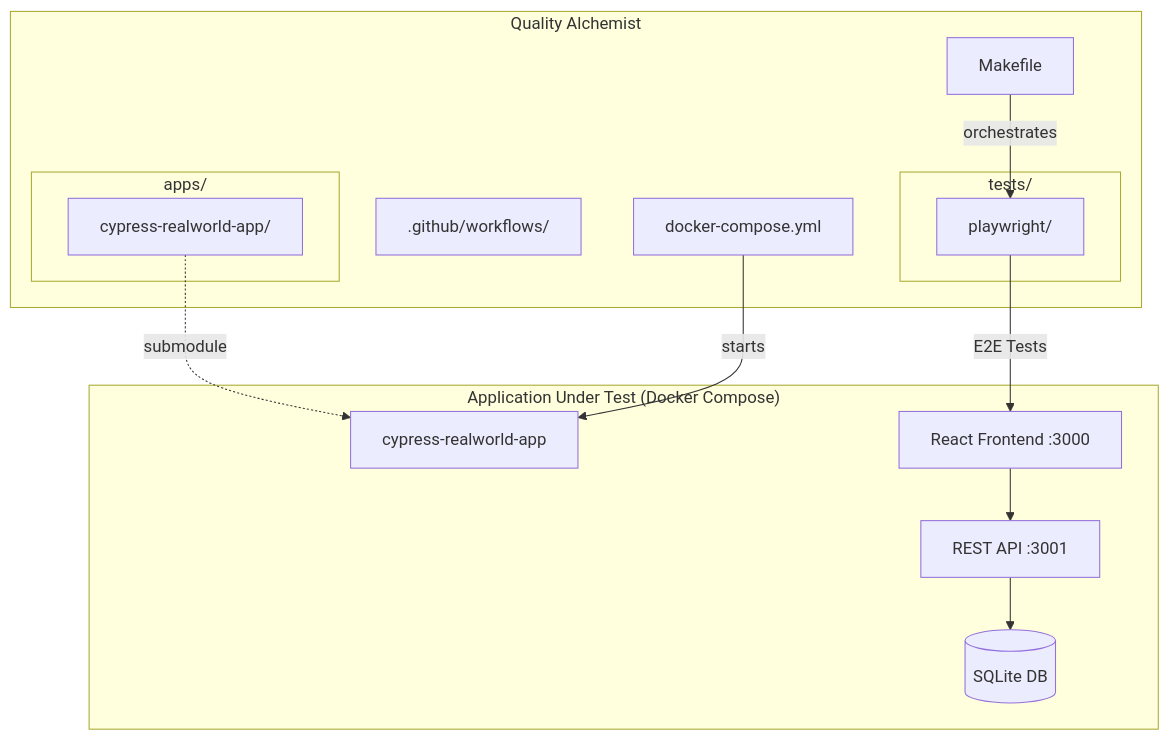
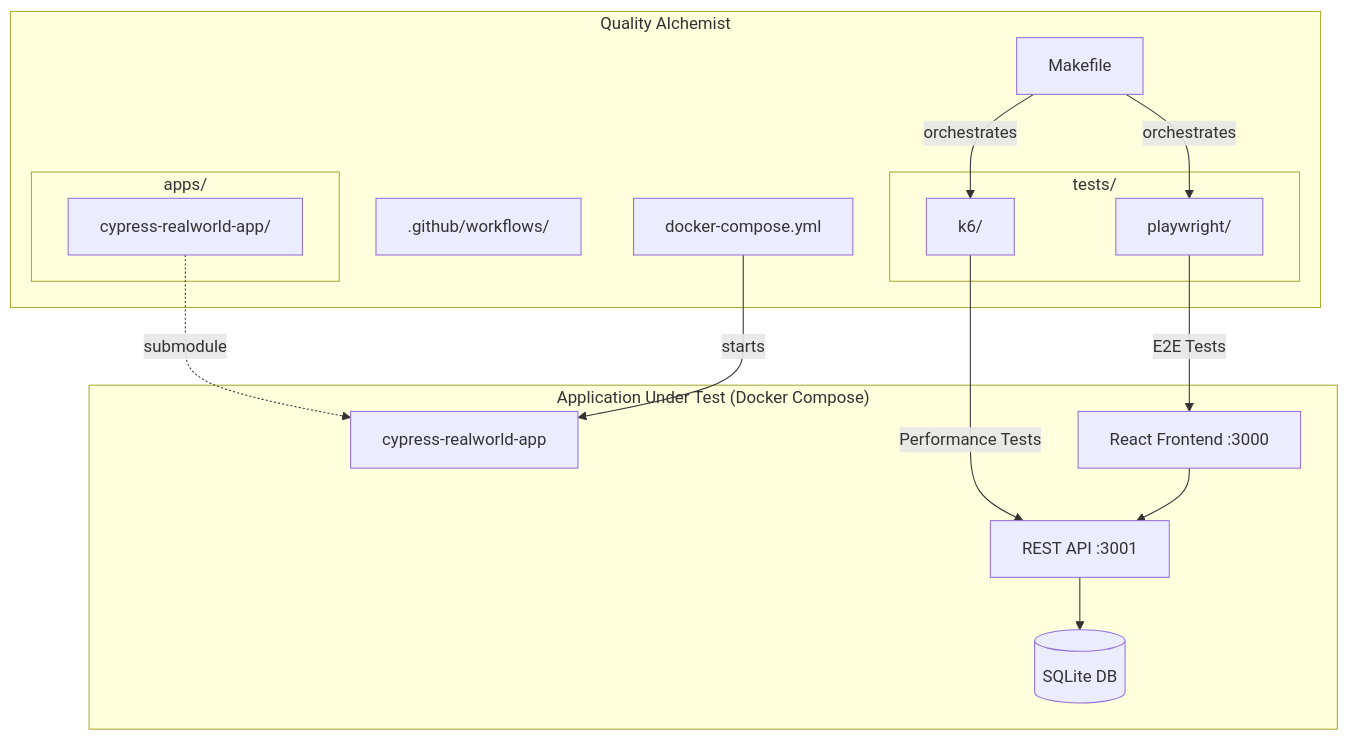
The diagram in README.md (avramare/quality-alchemist), drawn with Mermaid before and after one commit. The commit also changed other lines of this file and 1 other file, not shown here.

````diff
--- a/README.md
+++ b/README.md
@@ -15,30 +18,33 @@
 ```mermaid
 graph TB
     subgraph "Quality Alchemist"
         subgraph "apps/"
             RWA_SUB[cypress-realworld-app/]
         end
         subgraph "tests/"
             PW[playwright/]
+            K6[k6/]
         end
         DC[docker-compose.yml]
         MK[Makefile]
         GH[.github/workflows/]
     end
 
     subgraph "Application Under Test (Docker Compose)"
         RWA[cypress-realworld-app]
         API[REST API :3001]
         UI[React Frontend :3000]
         DB[(SQLite DB)]
     end
 
     RWA_SUB -.->|submodule| RWA
     DC -->|starts| RWA
     MK -->|orchestrates| PW
+    MK -->|orchestrates| K6
 
     PW -->|E2E Tests| UI
+    K6 -->|Performance Tests| API
 
     UI --> API
     API --> DB
 ```
````
